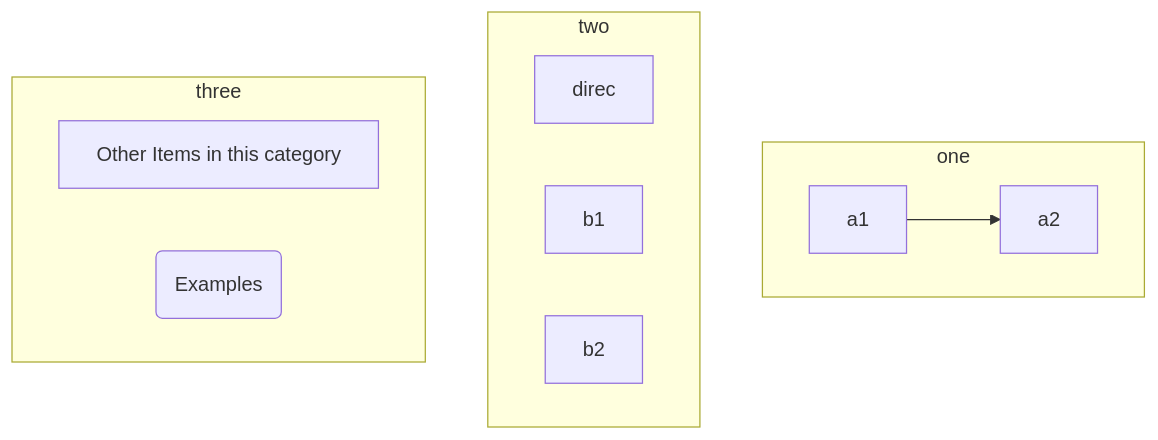
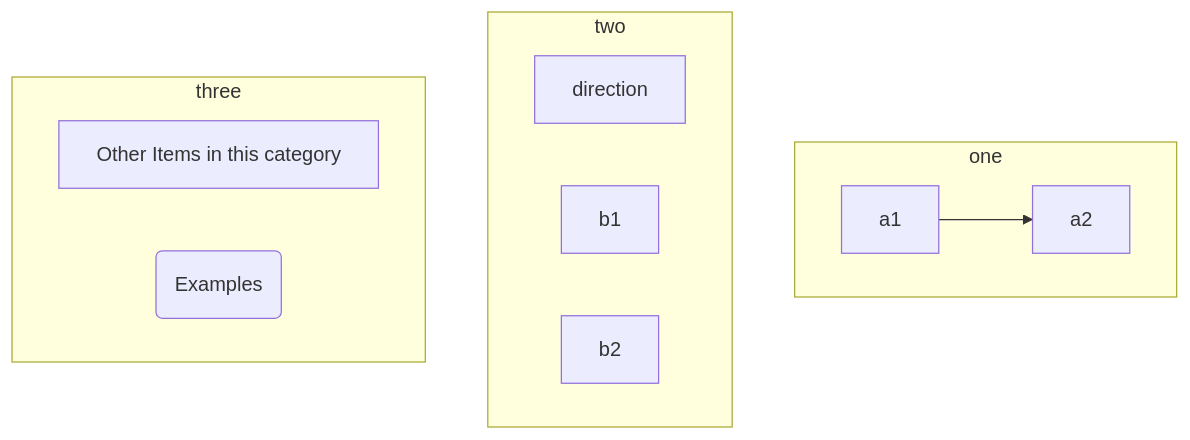
Before and after one commit to gerbssusd/dok: the diagram in slides.md, drawn with Mermaid.

````diff
--- a/slides.md
+++ b/slides.md
@@ -217,23 +217,23 @@
 ```mermaid
 flowchart TB
     subgraph one 
      direction LR
     a1-->a2
     end
     subgraph two
-      direc
+      direction
     b1
     b2
     end
     subgraph three 
       direction LR
     c1[Other Items in this category] 
     c2(Examples)
     end
 
 
 
 
 
 
 ```
````
